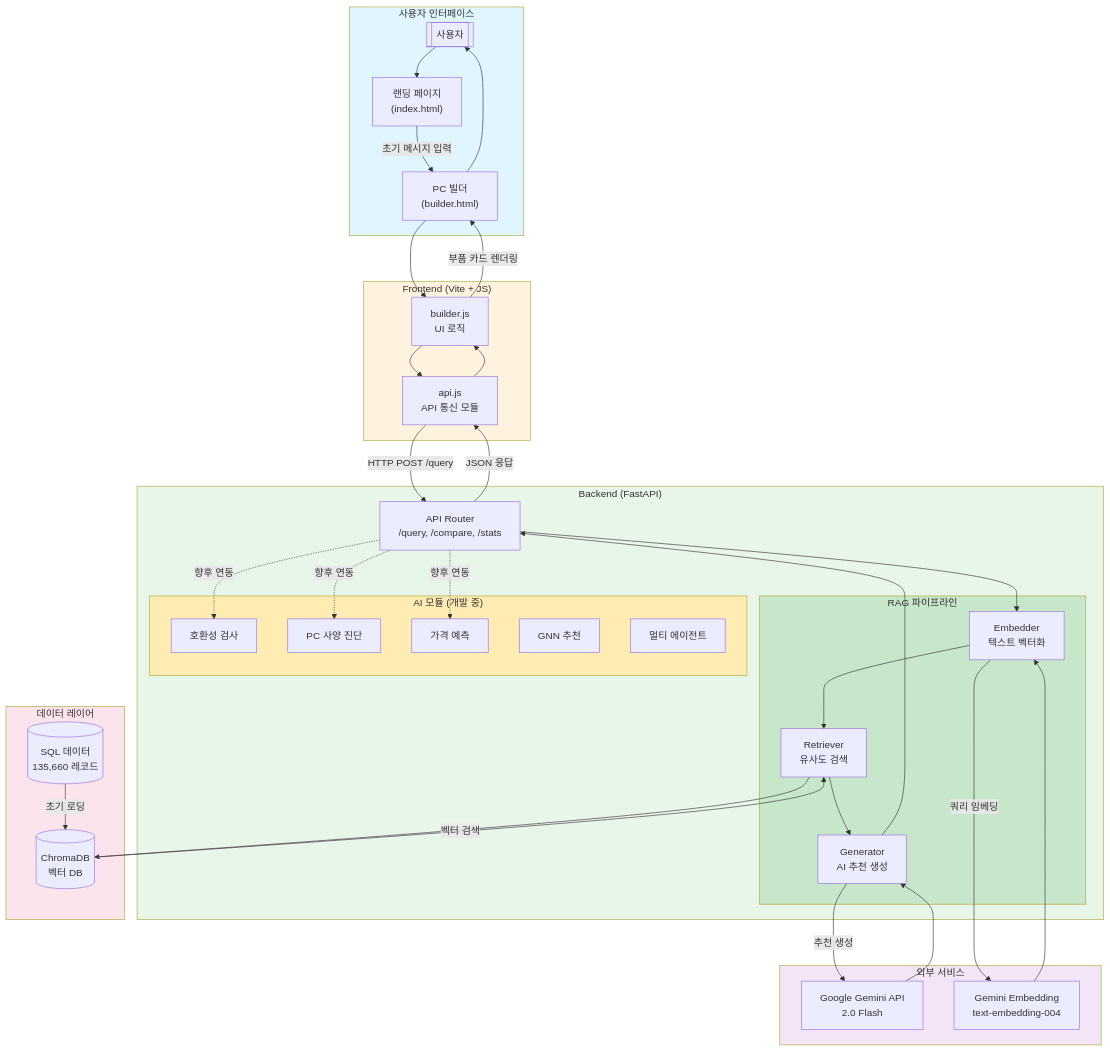
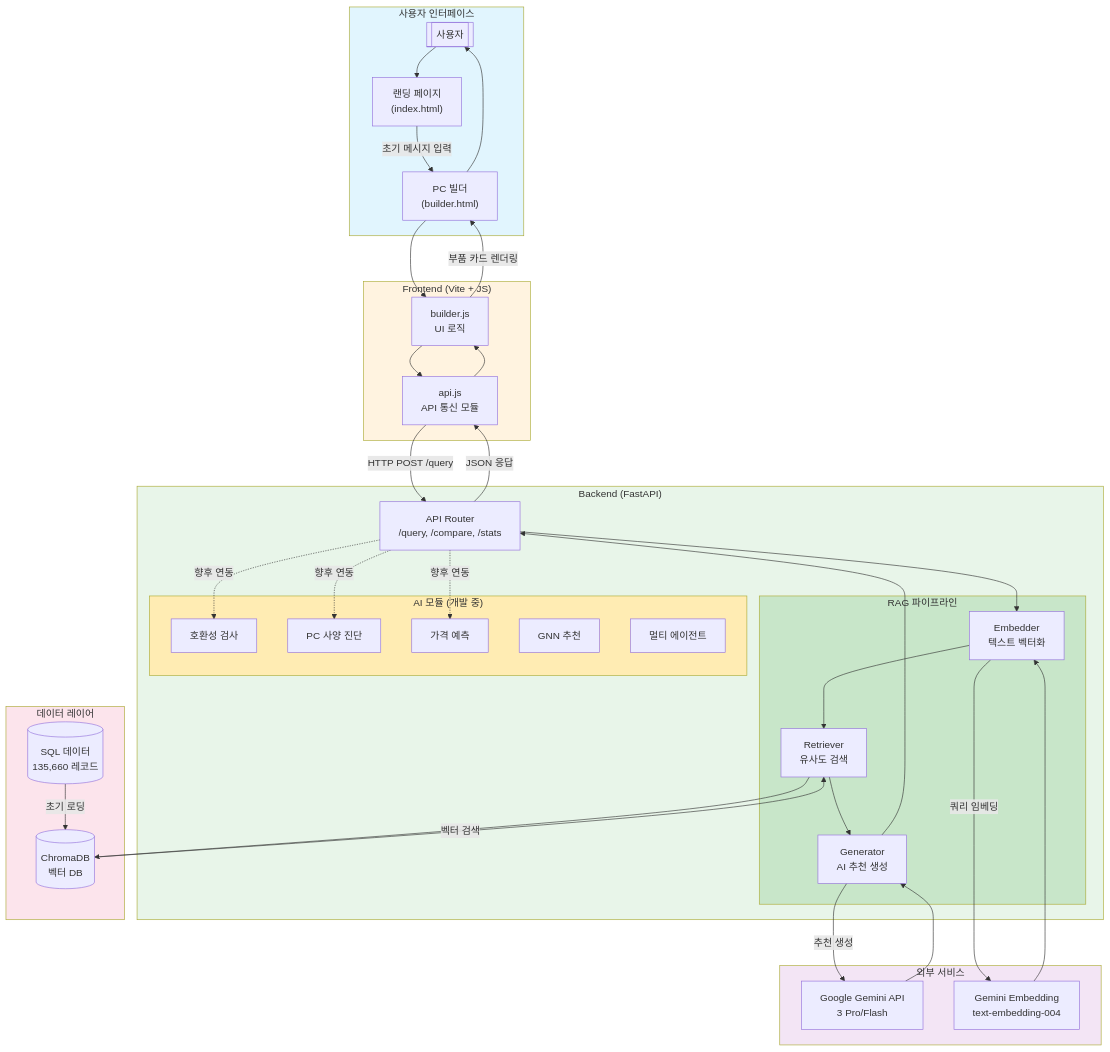
One commit to jsjj10002/spckitmookup changed the first of 3 diagrams in README.md. Above: the diagram before and after it, drawn with Mermaid. The commit also changed other lines of this file and 9 other files, not shown here.

````diff
--- a/README.md
+++ b/README.md
@@ -59,77 +59,77 @@
 ```mermaid
 flowchart TB
     subgraph USER["사용자 인터페이스"]
         A[["사용자"]]
         B["랜딩 페이지<br/>(index.html)"]
         C["PC 빌더<br/>(builder.html)"]
     end
 
     subgraph FRONTEND["Frontend (Vite + JS)"]
         D["api.js<br/>API 통신 모듈"]
         E["builder.js<br/>UI 로직"]
     end
 
     subgraph BACKEND["Backend (FastAPI)"]
         F["API Router<br/>/query, /compare, /stats"]
         
         subgraph RAG["RAG 파이프라인"]
             G["Embedder<br/>텍스트 벡터화"]
             H["Retriever<br/>유사도 검색"]
             I["Generator<br/>AI 추천 생성"]
         end
         
         subgraph MODULES["AI 모듈 (개발 중)"]
             J["호환성 검사"]
             K["PC 사양 진단"]
             L["가격 예측"]
             M["GNN 추천"]
             N["멀티 에이전트"]
         end
     end
 
     subgraph DATA["데이터 레이어"]
         O[("ChromaDB<br/>벡터 DB")]
         P[("SQL 데이터<br/>135,660 레코드")]
     end
 
     subgraph EXTERNAL["외부 서비스"]
-        Q["Google Gemini API<br/>2.0 Flash"]
+        Q["Google Gemini API<br/>3 Pro/Flash"]
         R["Gemini Embedding<br/>text-embedding-004"]
     end
 
     A --> B
     B -->|"초기 메시지 입력"| C
     C --> E
     E --> D
     D -->|"HTTP POST /query"| F
     
     F --> G
     G -->|"쿼리 임베딩"| R
     R --> G
     G --> H
     H -->|"벡터 검색"| O
     O --> H
     H --> I
     I -->|"추천 생성"| Q
     Q --> I
     
     P -->|"초기 로딩"| O
     
     F -.->|"향후 연동"| J
     F -.->|"향후 연동"| K
     F -.->|"향후 연동"| L
     
     I --> F
     F -->|"JSON 응답"| D
     D --> E
     E -->|"부품 카드 렌더링"| C
     C --> A
 
     style USER fill:#e1f5fe
     style FRONTEND fill:#fff3e0
     style BACKEND fill:#e8f5e9
     style DATA fill:#fce4ec
     style EXTERNAL fill:#f3e5f5
     style RAG fill:#c8e6c9
     style MODULES fill:#ffecb3
 ```
````
